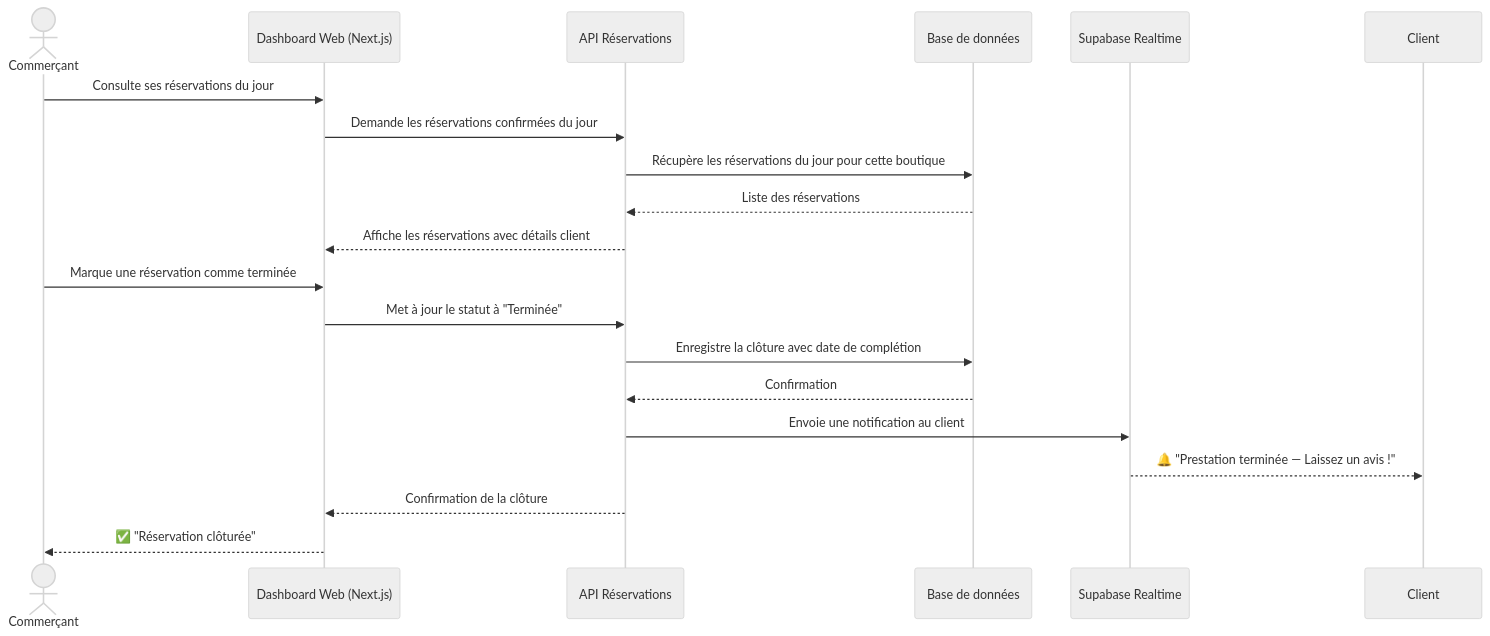
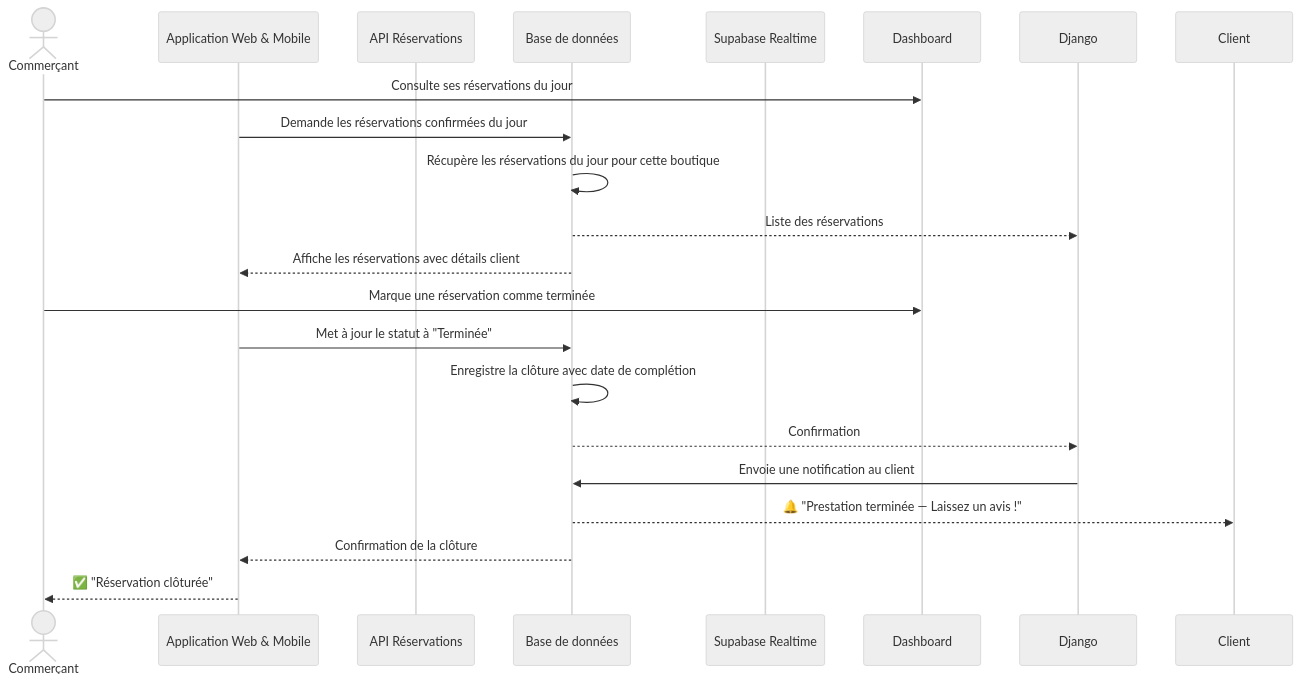
Diagram 16 of 34 in SEQUENCE_DIAGRAMS_WORD_FORMAT_OPTIMIZED.md (Abderrahmen1111/private-PFE-repos), drawn with Mermaid (neutral theme) before and after one commit. The commit also changed other lines of this file and 2 other files, not shown here.

Commit message:
docs: adapt sequence diagrams to Web/Mobile apps and Django SaaS Admin

````diff
--- a/SEQUENCE_DIAGRAMS_WORD_FORMAT_OPTIMIZED.md
+++ b/SEQUENCE_DIAGRAMS_WORD_FORMAT_OPTIMIZED.md
@@ -515,23 +513,23 @@
 ```mermaid
 sequenceDiagram
     actor Commerçant
-    participant Dashboard as Dashboard Web (Next.js)
+    participant App as Application Web & Mobile
     participant Serveur as API Réservations
     participant BD as Base de données
     participant Notif as Supabase Realtime
 
     Commerçant->>Dashboard: Consulte ses réservations du jour
-    Dashboard->>Serveur: Demande les réservations confirmées du jour
-    Serveur->>BD: Récupère les réservations du jour pour cette boutique
-    BD-->>Serveur: Liste des réservations
-    Serveur-->>Dashboard: Affiche les réservations avec détails client
+    App->>BD: Demande les réservations confirmées du jour
+    BD->>BD: Récupère les réservations du jour pour cette boutique
+    BD-->>Django: Liste des réservations
+    BD-->>App: Affiche les réservations avec détails client
 
     Commerçant->>Dashboard: Marque une réservation comme terminée
-    Dashboard->>Serveur: Met à jour le statut à "Terminée"
-    Serveur->>BD: Enregistre la clôture avec date de complétion
-    BD-->>Serveur: Confirmation
-    Serveur->>Notif: Envoie une notification au client
-    Notif-->>Client: 🔔 "Prestation terminée — Laissez un avis !"
-    Serveur-->>Dashboard: Confirmation de la clôture
-    Dashboard-->>Commerçant: ✅ "Réservation clôturée"
+    App->>BD: Met à jour le statut à "Terminée"
+    BD->>BD: Enregistre la clôture avec date de complétion
+    BD-->>Django: Confirmation
+    Django->>BD: Envoie une notification au client
+    BD-->>Client: 🔔 "Prestation terminée — Laissez un avis !"
+    BD-->>App: Confirmation de la clôture
+    App-->>Commerçant: ✅ "Réservation clôturée"
 ```
````
